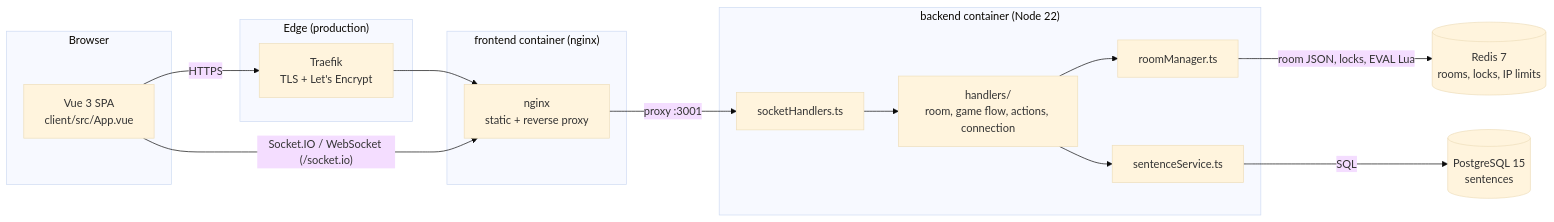
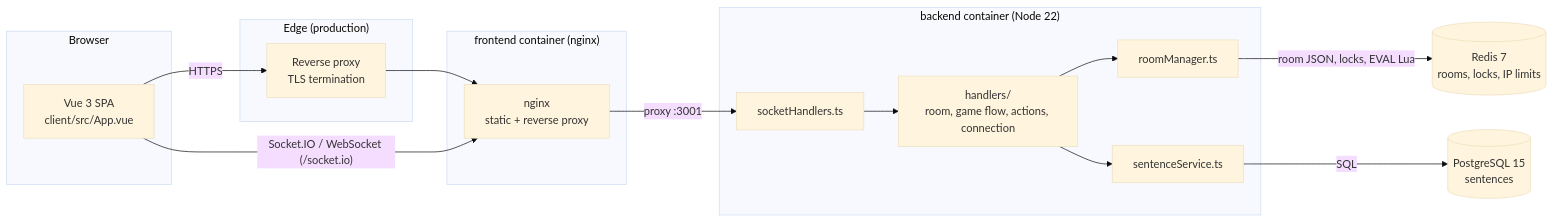
Before and after one commit to TheJaydenProject/type-or-die: the first of 2 diagrams in README.md, drawn with Mermaid (base theme). The commit also changed other lines of this file and 1 other file, not shown here.

Commit message:
docs: apply public/private disclosure split; move ops detail to gitignored ARCHITECTURE.md

````diff
--- a/README.md
+++ b/README.md
@@ -156,33 +156,33 @@
 ```mermaid
 flowchart LR
   subgraph Browser
     SPA["Vue 3 SPA<br/>client/src/App.vue"]
   end
 
   subgraph Edge["Edge (production)"]
-    TR["Traefik<br/>TLS + Let's Encrypt"]
+    TR["Reverse proxy<br/>TLS termination"]
   end
 
   subgraph Frontend["frontend container (nginx)"]
     NG["nginx<br/>static + reverse proxy"]
   end
 
   subgraph Backend["backend container (Node 22)"]
     IO["socketHandlers.ts"]
     H["handlers/<br/>room, game flow, actions, connection"]
     RM["roomManager.ts"]
     SS["sentenceService.ts"]
   end
 
   R[("Redis 7<br/>rooms, locks, IP limits")]
   P[("PostgreSQL 15<br/>sentences")]
 
   SPA -->|HTTPS| TR --> NG
   SPA -->|"Socket.IO / WebSocket (/socket.io)"| NG
   NG -->|"proxy :3001"| IO
   IO --> H
   H --> RM
   H --> SS
   RM -->|"room JSON, locks, EVAL Lua"| R
   SS -->|SQL| P
 ```
````
